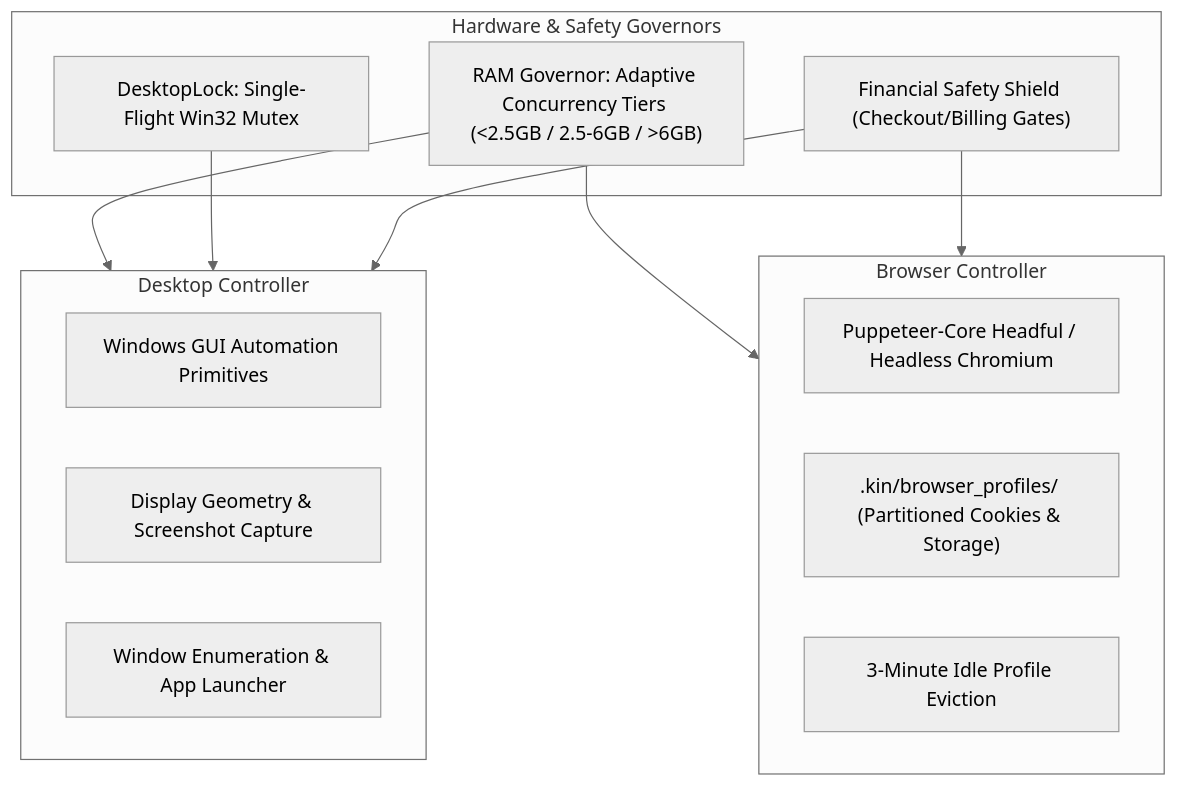
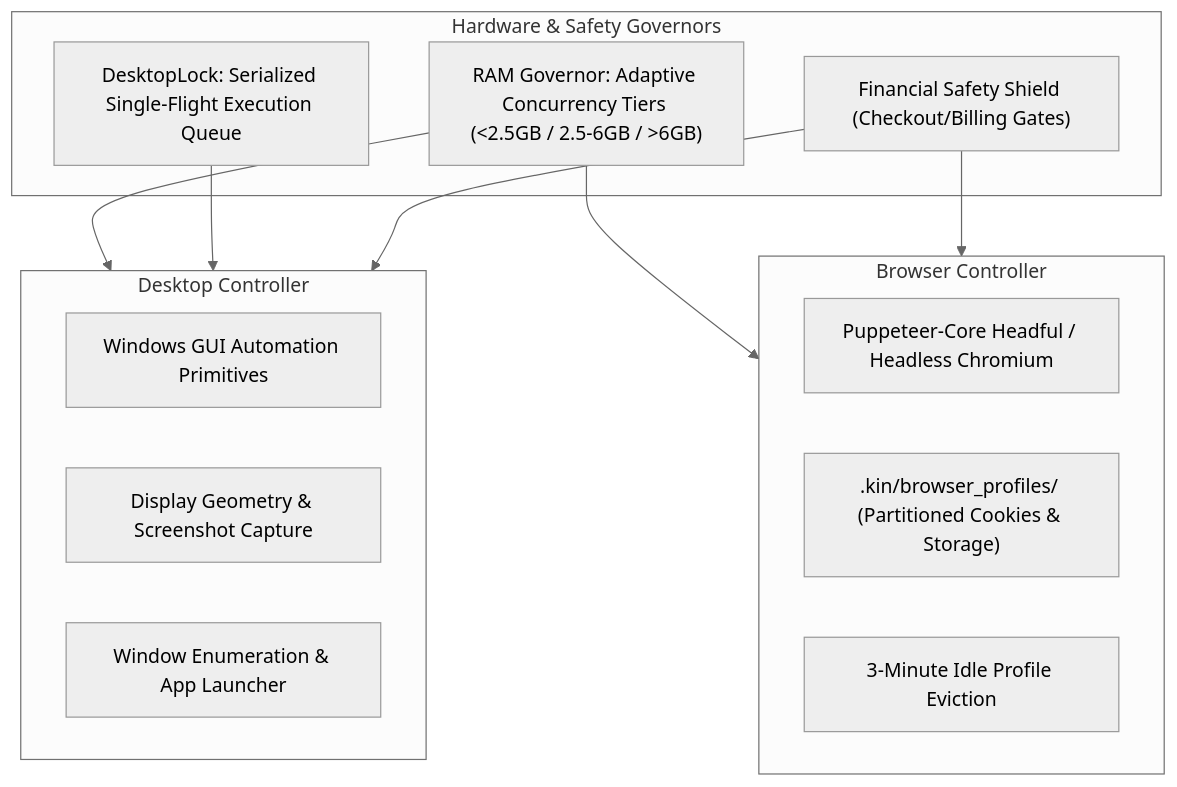
The fifth of 6 diagrams in docs/ARCHITECTURE.md (abhayzangir1/KIN), drawn with Mermaid (neutral theme) before and after one commit. The commit also changed other lines of this file and 18 other files, not shown here.

````diff
--- a/docs/ARCHITECTURE.md
+++ b/docs/ARCHITECTURE.md
@@ -238,26 +238,26 @@
 ```mermaid
 graph TD
     subgraph Governors["Hardware & Safety Governors"]
         RAMGov["RAM Governor: Adaptive Concurrency Tiers (<2.5GB / 2.5-6GB / >6GB)"]
-        MutexLock["DesktopLock: Single-Flight Win32 Mutex"]
+        MutexLock["DesktopLock: Serialized Single-Flight Execution Queue"]
         RiskShield["Financial Safety Shield (Checkout/Billing Gates)"]
     end
 
     subgraph DesktopAutomation["Desktop Controller"]
         WinAPI["Windows GUI Automation Primitives"]
         ScreenCap["Display Geometry & Screenshot Capture"]
         WindowList["Window Enumeration & App Launcher"]
     end
 
     subgraph BrowserAutomation["Browser Controller"]
         ChromiumDaemon["Puppeteer-Core Headful / Headless Chromium"]
         ProfilesDir[".kin/browser_profiles/<agentId> (Partitioned Cookies & Storage)"]
         IdleEvict["3-Minute Idle Profile Eviction"]
     end
 
     RAMGov --> DesktopAutomation
     RAMGov --> BrowserAutomation
     MutexLock --> DesktopAutomation
     RiskShield --> DesktopAutomation
     RiskShield --> BrowserAutomation
 ```
````
